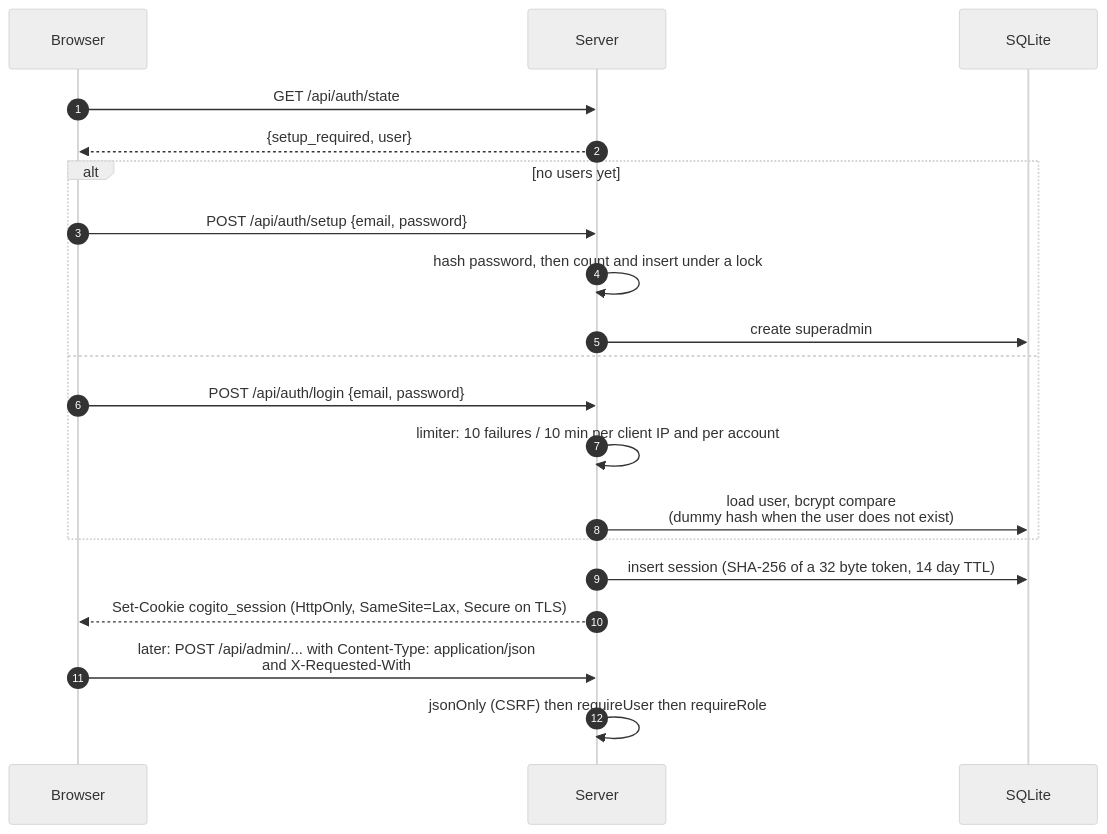
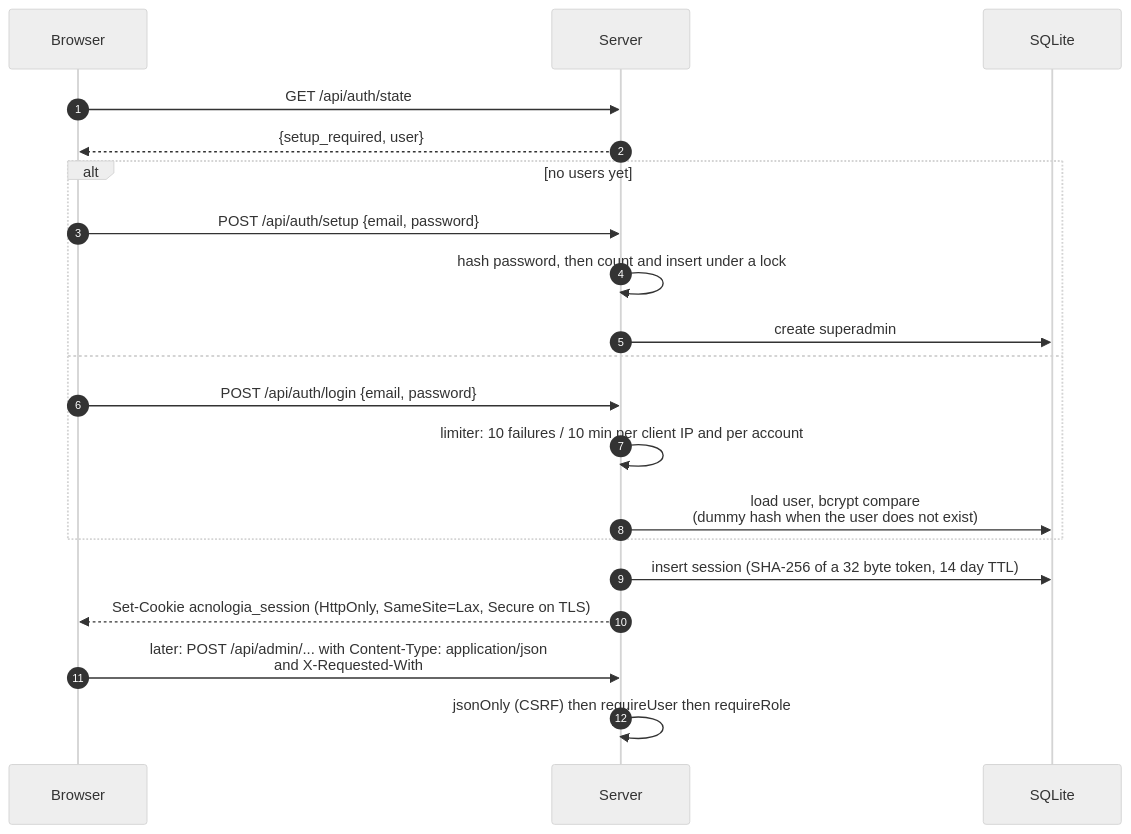
The seventh of 13 diagrams in server/internal/docsmd/files/flows.md (sidharthpunathil/acnologia), drawn with Mermaid (neutral theme) before and after one commit. The commit also changed other lines of this file and 43 other files, not shown here.

````diff
--- a/server/internal/docsmd/files/flows.md
+++ b/server/internal/docsmd/files/flows.md
@@ -218,23 +232,23 @@
 ```mermaid
 sequenceDiagram
     autonumber
     participant B as Browser
     participant S as Server
     participant DB as SQLite
 
     B->>S: GET /api/auth/state
     S-->>B: {setup_required, user}
     alt no users yet
         B->>S: POST /api/auth/setup {email, password}
         S->>S: hash password, then count and insert under a lock
         S->>DB: create superadmin
     else
         B->>S: POST /api/auth/login {email, password}
         S->>S: limiter: 10 failures / 10 min per client IP and per account
         S->>DB: load user, bcrypt compare<br/>(dummy hash when the user does not exist)
     end
     S->>DB: insert session (SHA-256 of a 32 byte token, 14 day TTL)
-    S-->>B: Set-Cookie cogito_session (HttpOnly, SameSite=Lax, Secure on TLS)
+    S-->>B: Set-Cookie acnologia_session (HttpOnly, SameSite=Lax, Secure on TLS)
     B->>S: later: POST /api/admin/... with Content-Type: application/json<br/>and X-Requested-With
     S->>S: jsonOnly (CSRF) then requireUser then requireRole
 ```
````
